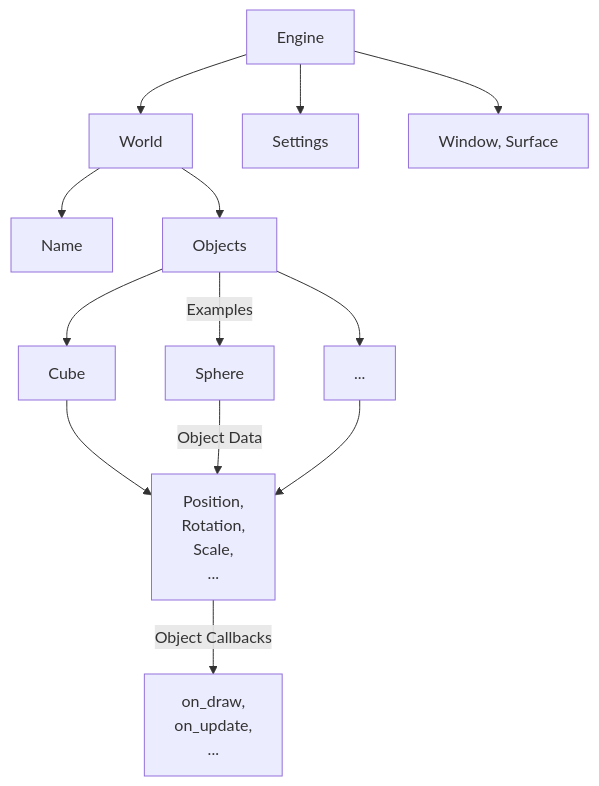
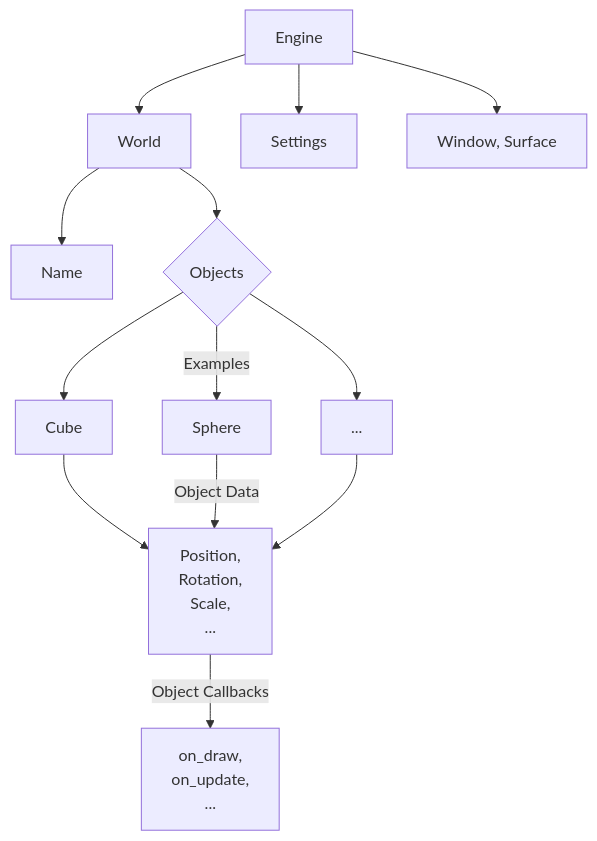
One commit to Delfi1/DEngine changed the first of 2 diagrams in README.md. Above: the diagram before and after it, drawn with Mermaid. The commit also changed other lines of this file and 6 other files, not shown here.

````diff
--- a/README.md
+++ b/README.md
@@ -7,20 +6,19 @@
 ```mermaid
 graph TD;
     Eng[Engine];
     Eng --> Wor[World];
     Eng --> Set[Settings];
     Eng --> Win[Window, Surface];
     Wor --> Wor_Name[Name];
-    Wor --> Objs[Objects];
+    Wor --> Objs{Objects};
     
-    Objs --> Cb[Cube]
-    Objs --> |Examples| Sph[Sphere]
-    Objs --> Another[...]
+    Objs --> Cb[Cube];
+    Objs --> |Examples| Sph[Sphere];
+    Objs --> Another[...];
 
-    Cb --> Data[Position, \nRotation, \nScale, \n... ]
-    Sph --> |Object Data| Data
-    Another --> Data
+    Cb --> Data[Position,\n Rotation,\n Scale,\n ... ];
+    Sph --> |Object Data| Data;
+    Another --> Data;
     
-    Data --> |Object Callbacks| Callbacks[on_draw, \non_update, \n...]
-
+    Data --> |Object Callbacks| Callbacks[on_draw,\n on_update,\n ...];
 ```
````
